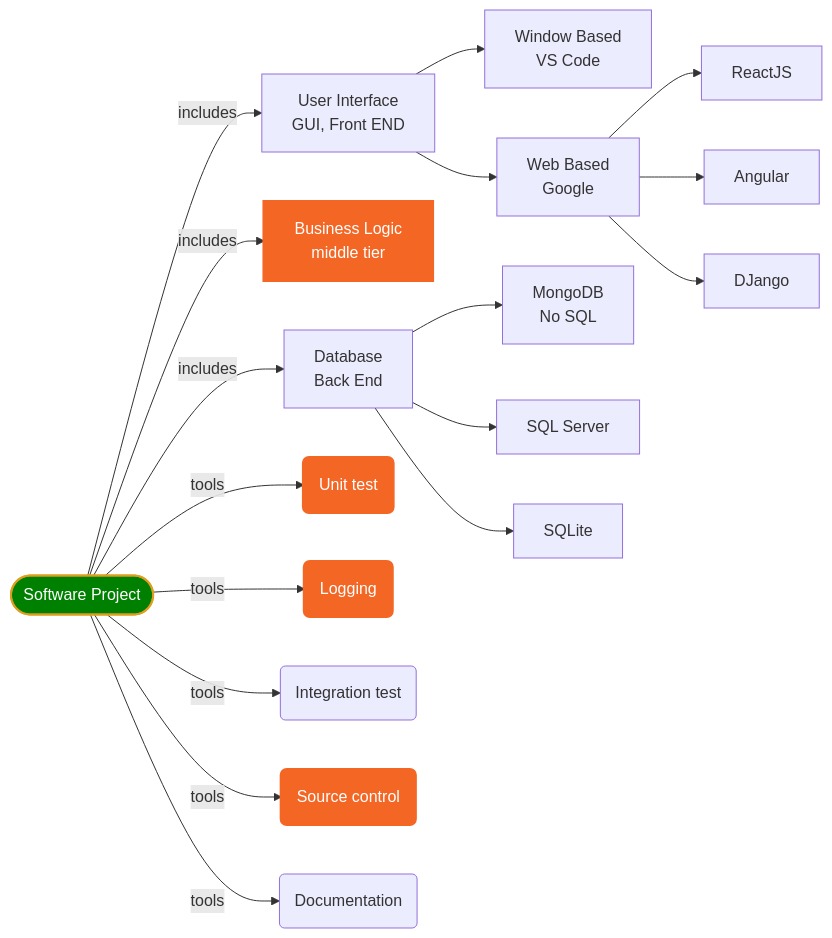
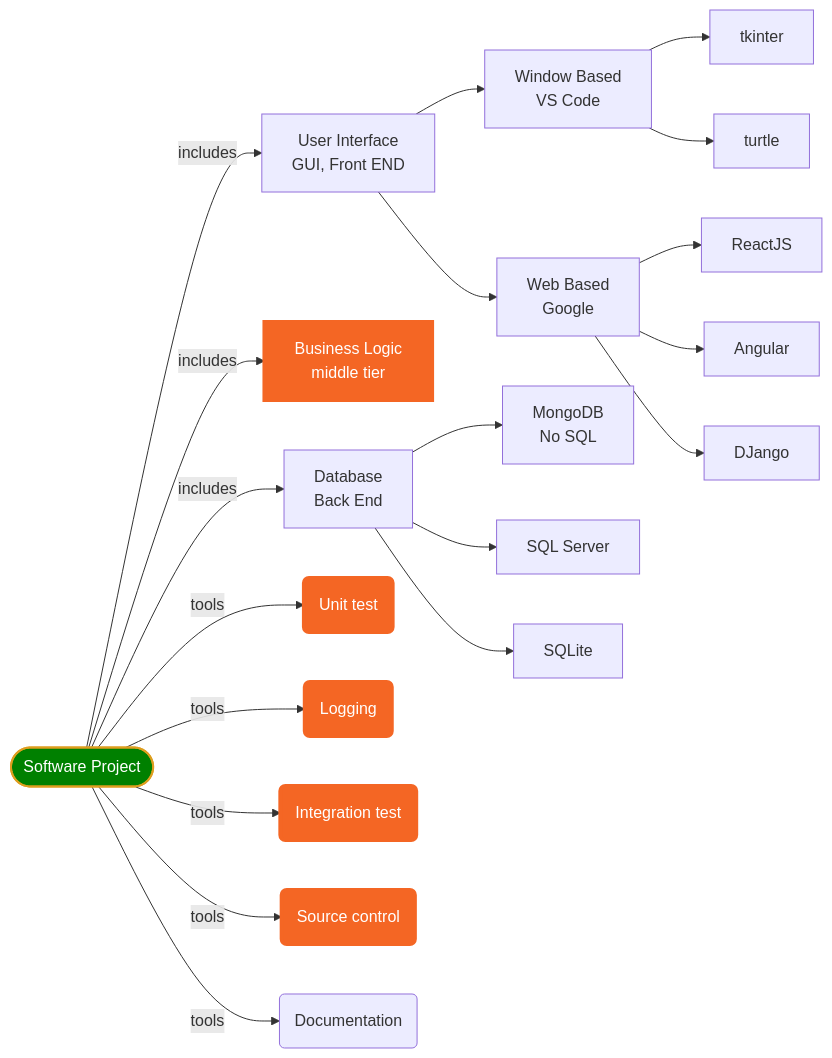
One commit to jwang1122/python1 changed the fifth of 9 diagrams in doc/python.md. Above: the diagram before and after it, drawn with Mermaid. The commit also changed other lines of this file and 2 other files, not shown here.

````diff
--- a/doc/python.md
+++ b/doc/python.md
@@ -353,33 +354,36 @@
 ```mermaid
 graph LR
 A([Software Project])
 B[User Interface<br>GUI, Front END]
 C[Business Logic<br>middle tier]
 D[Database<br>Back End]
 E(Unit test)
 F(Logging)
 G[Window Based<br>VS Code]
 H[Web Based<br>Google]
 M[MongoDB<br>No SQL]
 S[SQL Server]
 P[SQLite]
 K[ReactJS]
 L[Angular]
 DJ[DJango]
 INT(Integration test)
 GIT(Source control)
 DOC(Documentation)
+TKINTER[tkinter]
+TURTLE[turtle]
 
 A--includes-->B & C & D 
 A--tools--> E & F & INT & DOC & GIT
 B-->G & H
 D-->M & S & P
 H-->K & L & DJ
+G-->TKINTER & TURTLE
 
 classDef html fill:#F46624,stroke:#F46624,stroke-width:4px,color:white;
 classDef start fill:green,stroke:#DE9E1F,stroke-width:2px,color:white;
 
-class C,E,F,GIT html
+class C,E,F,GIT,INT html
 class A, start
 
 ```
````
